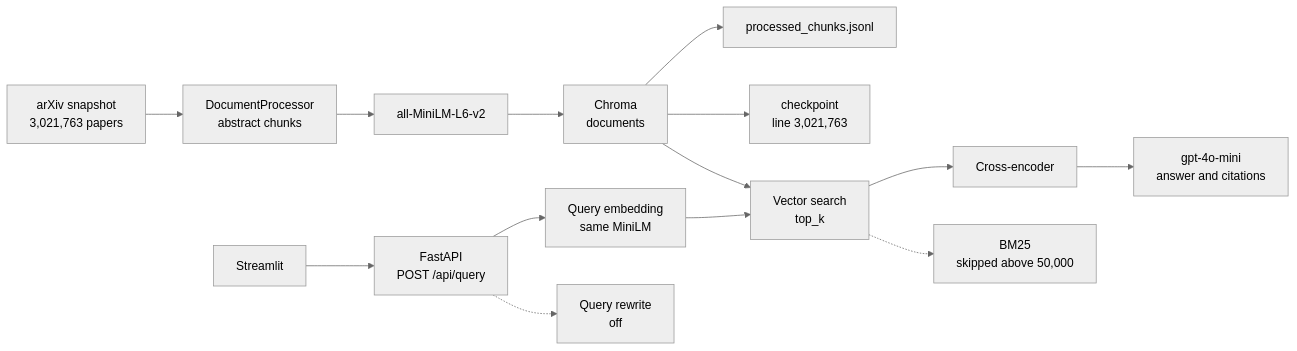
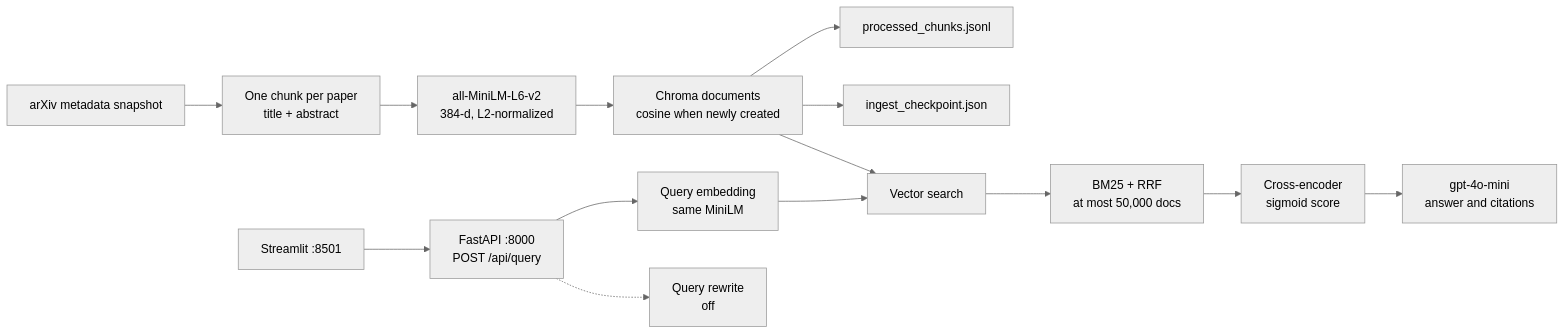
Before and after one commit to ayogenthiran/arxivlens: the diagram in architecture.md, drawn with Mermaid (neutral theme). The commit also changed other lines of this file and 45 other files, not shown here.

````diff
--- a/architecture.md
+++ b/architecture.md
@@ -5,18 +7,18 @@
 ```mermaid
 flowchart LR
-  snapshot["arXiv snapshot<br/>3,021,763 papers"] --> chunk["DocumentProcessor<br/>abstract chunks"]
-  chunk --> embed["all-MiniLM-L6-v2"]
-  embed --> chroma["Chroma<br/>documents"]
+  snapshot["arXiv metadata snapshot"] --> chunk["One chunk per paper<br/>title + abstract"]
+  chunk --> embed["all-MiniLM-L6-v2<br/>384-d, L2-normalized"]
+  embed --> chroma["Chroma documents<br/>cosine when newly created"]
   chroma --> jsonl["processed_chunks.jsonl"]
-  chroma --> checkpoint["checkpoint<br/>line 3,021,763"]
+  chroma --> checkpoint["ingest_checkpoint.json"]
 
-  ui["Streamlit"] --> api["FastAPI<br/>POST /api/query"]
+  ui["Streamlit :8501"] --> api["FastAPI :8000<br/>POST /api/query"]
   api --> qembed["Query embedding<br/>same MiniLM"]
-  qembed --> vector["Vector search<br/>top_k"]
+  qembed --> vector["Vector search"]
   chroma --> vector
-  vector --> rerank["Cross-encoder"]
+  vector --> hybrid["BM25 + RRF<br/>at most 50,000 docs"]
+  hybrid --> rerank["Cross-encoder<br/>sigmoid score"]
   rerank --> llm["gpt-4o-mini<br/>answer and citations"]
 
   api -.-> rewrite["Query rewrite<br/>off"]
-  vector -.-> bm25["BM25<br/>skipped above 50,000"]
 ```
````
